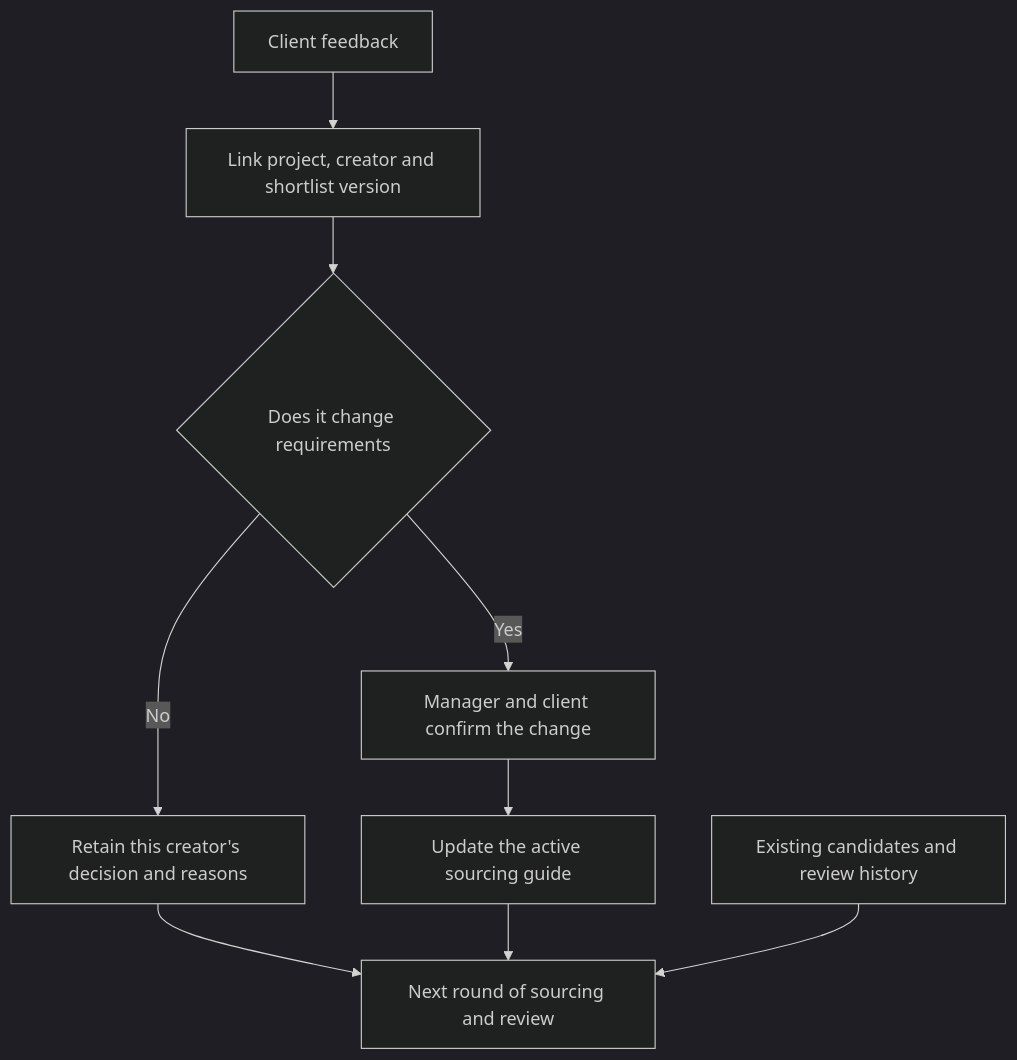
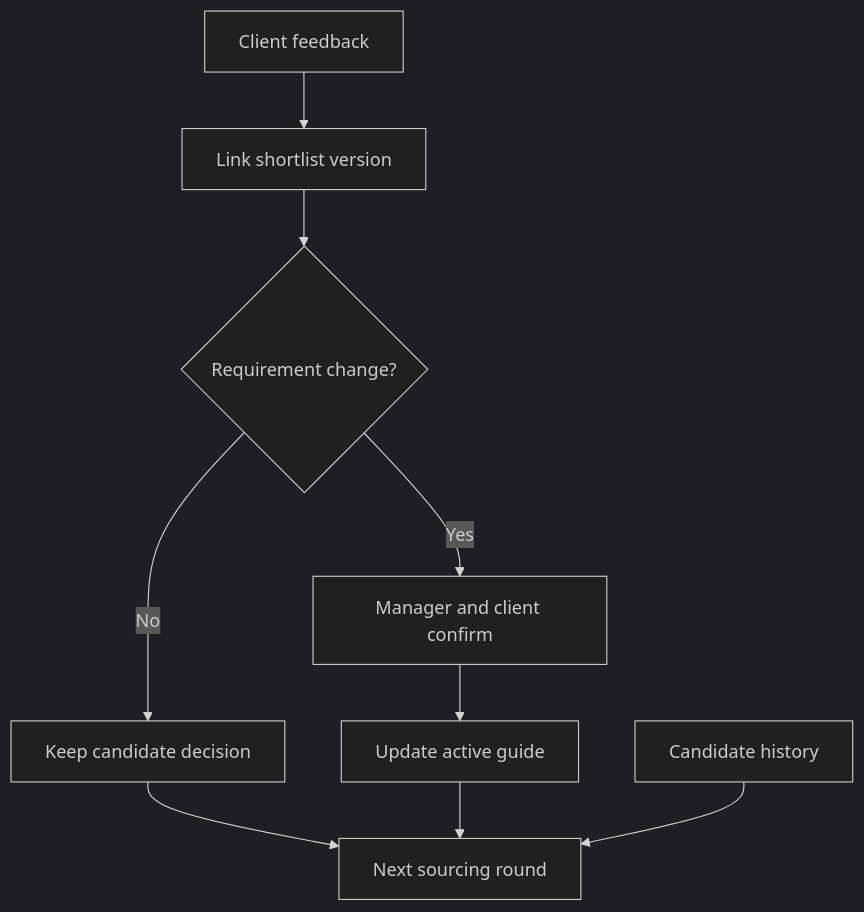
Before and after one commit to cytlabs/personal-site: the second of 2 diagrams in content/en/cases/creator-marketing-delivery.md, drawn with Mermaid (dark theme). The commit also changed other lines of this file and 17 other files, not shown here.

First line of the commit message:
统一图表排版、主题和大图查看 (#15)

````diff
--- a/content/en/cases/creator-marketing-delivery.md
+++ b/content/en/cases/creator-marketing-delivery.md
@@ -44,11 +46,9 @@
 ```mermaid
 flowchart TD
-    A["Client feedback"] --> B["Link project, creator and shortlist version"]
-    B --> C{"Does it change requirements"}
-    C -->|No| D["Retain this creator's decision and reasons"]
-    C -->|Yes| E["Manager and client confirm the change"]
-    E --> F["Update the active sourcing guide"]
-    D --> G["Next round of sourcing and review"]
+    A["Client feedback"] --> B["Link shortlist version"] --> C{"Requirement change?"}
+    C -->|No| D["Keep candidate decision"]
+    C -->|Yes| E["Manager and client confirm"] --> F["Update active guide"]
+    D --> G["Next sourcing round"]
     F --> G
-    H["Existing candidates and review history"] --> G
+    H["Candidate history"] --> G
 ```
````
